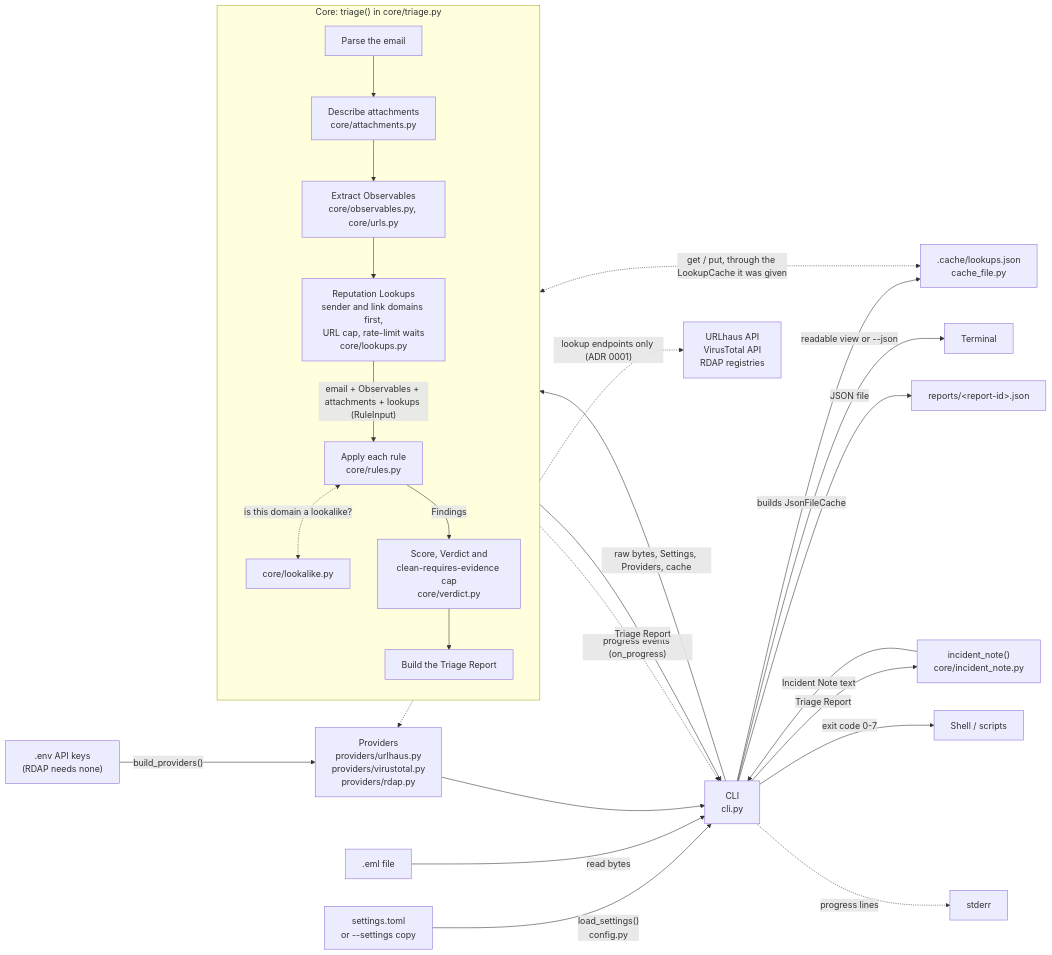
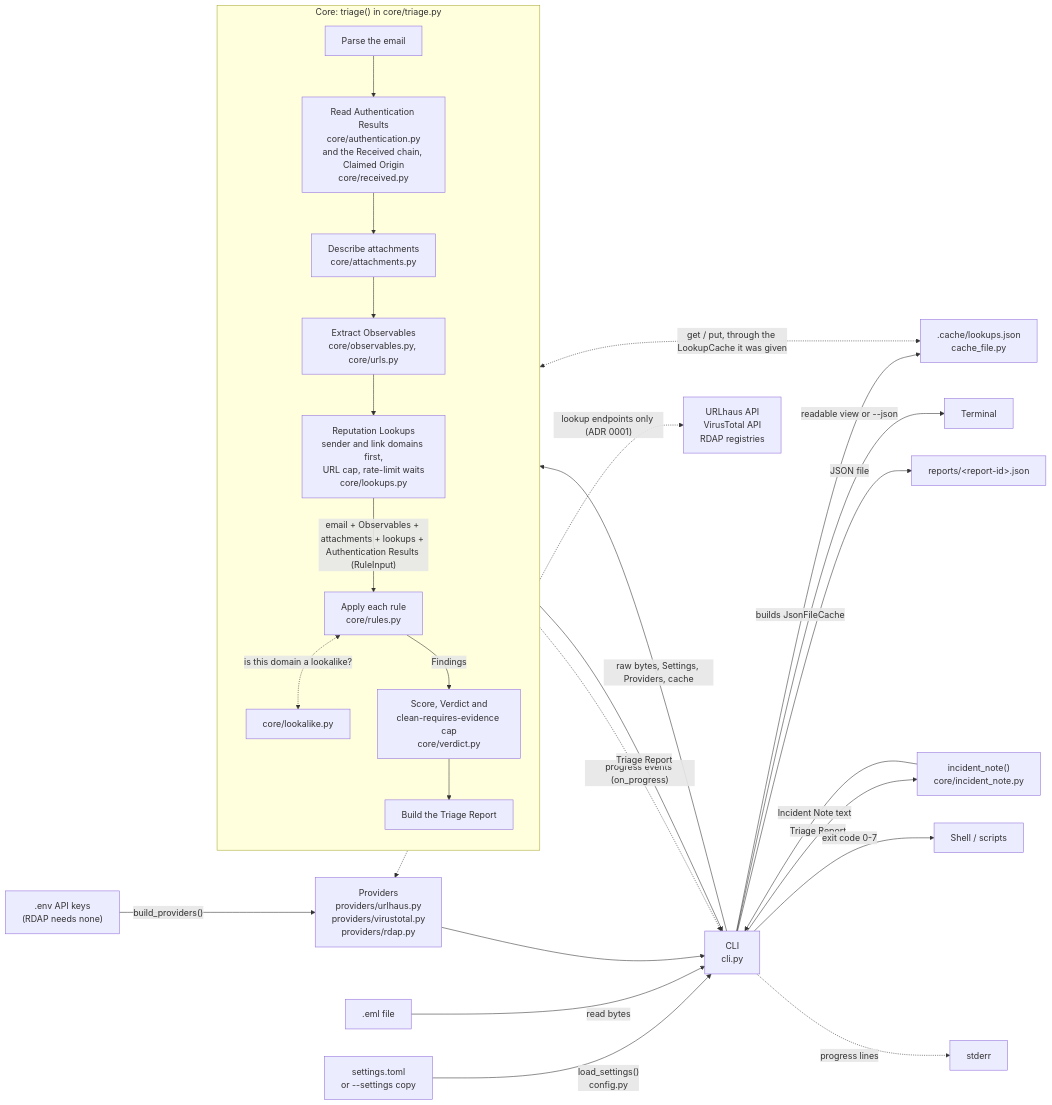
One commit to GiacomoBarry/phishing-triage changed the diagram in docs/ARCHITECTURE.md. Above: the diagram before and after it, drawn with Mermaid. The commit also changed other lines of this file and 17 other files, not shown here.

First line of the commit message:
Add authentication results, the Received chain and the Claimed Origin (ADR 0011)

````diff
--- a/docs/ARCHITECTURE.md
+++ b/docs/ARCHITECTURE.md
@@ -17,31 +17,32 @@
 ```mermaid
 flowchart LR
     toml["settings.toml<br/>or --settings copy"] -->|"load_settings()<br/>config.py"| cli
     file[".eml file"] -->|read bytes| cli["CLI<br/>cli.py"]
     env[".env API keys<br/>(RDAP needs none)"] -->|"build_providers()"| providers["Providers<br/>providers/urlhaus.py<br/>providers/virustotal.py<br/>providers/rdap.py"]
     providers --> cli
     providers <-.->|"lookup endpoints only (ADR 0001)"| internet["URLhaus API<br/>VirusTotal API<br/>RDAP registries"]
     cli -->|"raw bytes, Settings, Providers, cache"| core
     cli -->|"builds JsonFileCache"| cachefile[".cache/lookups.json<br/>cache_file.py"]
     lookups <-.->|"get / put, through the LookupCache it was given"| cachefile
 
     subgraph core["Core: triage() in core/triage.py"]
         direction TB
-        parse["Parse the email"] --> attach["Describe attachments<br/>core/attachments.py"]
+        parse["Parse the email"] --> headers["Read Authentication Results<br/>core/authentication.py<br/>and the Received chain, Claimed Origin<br/>core/received.py"]
+        headers --> attach["Describe attachments<br/>core/attachments.py"]
         attach --> extract["Extract Observables<br/>core/observables.py, core/urls.py"]
         extract --> lookups["Reputation Lookups<br/>sender and link domains first,<br/>URL cap, rate-limit waits<br/>core/lookups.py"]
-        lookups -->|"email + Observables + attachments + lookups (RuleInput)"| rules["Apply each rule<br/>core/rules.py"]
+        lookups -->|"email + Observables + attachments + lookups + Authentication Results (RuleInput)"| rules["Apply each rule<br/>core/rules.py"]
         rules <-.->|"is this domain a lookalike?"| lookalike["core/lookalike.py"]
         rules -->|Findings| verdict["Score, Verdict and<br/>clean-requires-evidence cap<br/>core/verdict.py"]
         verdict --> build["Build the Triage Report"]
     end
 
     core -->|Triage Report| cli
     cli -->|Triage Report| note["incident_note()<br/>core/incident_note.py"]
     note -->|Incident Note text| cli
     cli -->|readable view or --json| terminal["Terminal"]
     cli -->|JSON file| reports["reports/&lt;report-id&gt;.json"]
     cli -->|exit code 0-7| shell["Shell / scripts"]
     lookups -.->|"progress events (on_progress)"| cli
     cli -.->|progress lines| stderr["stderr"]
 ```
````
